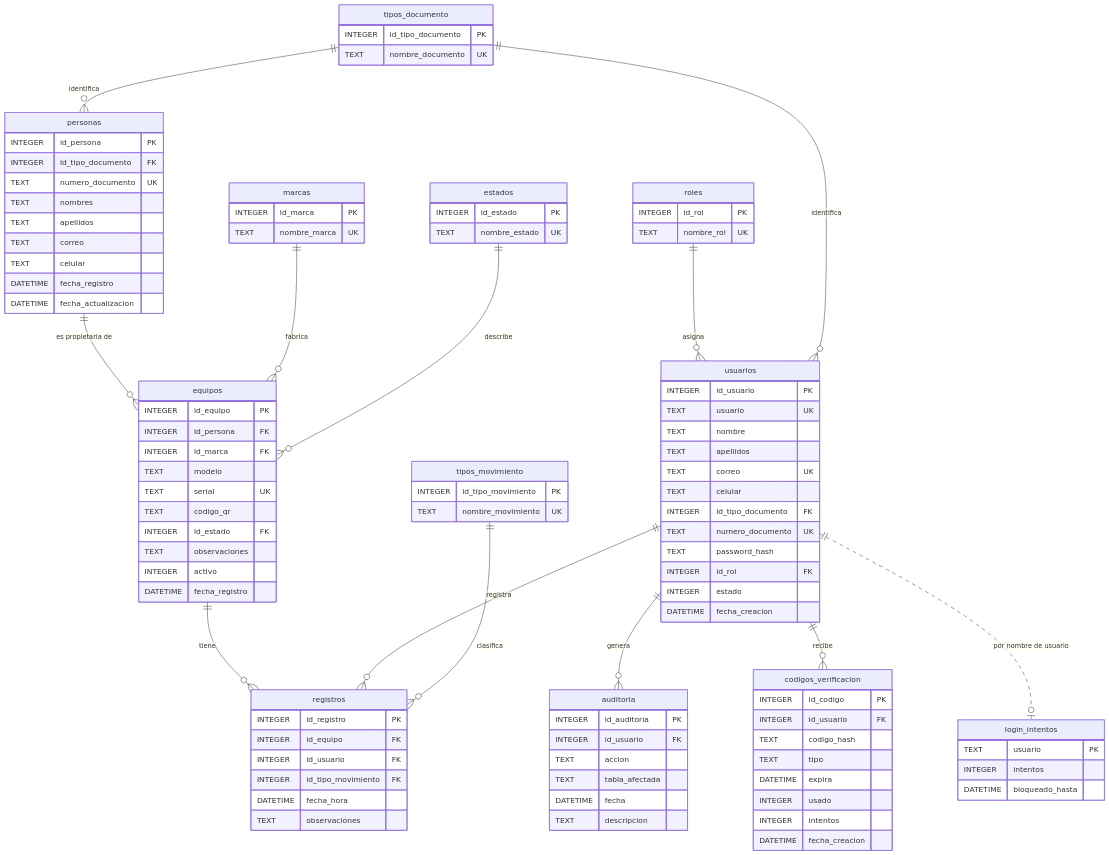
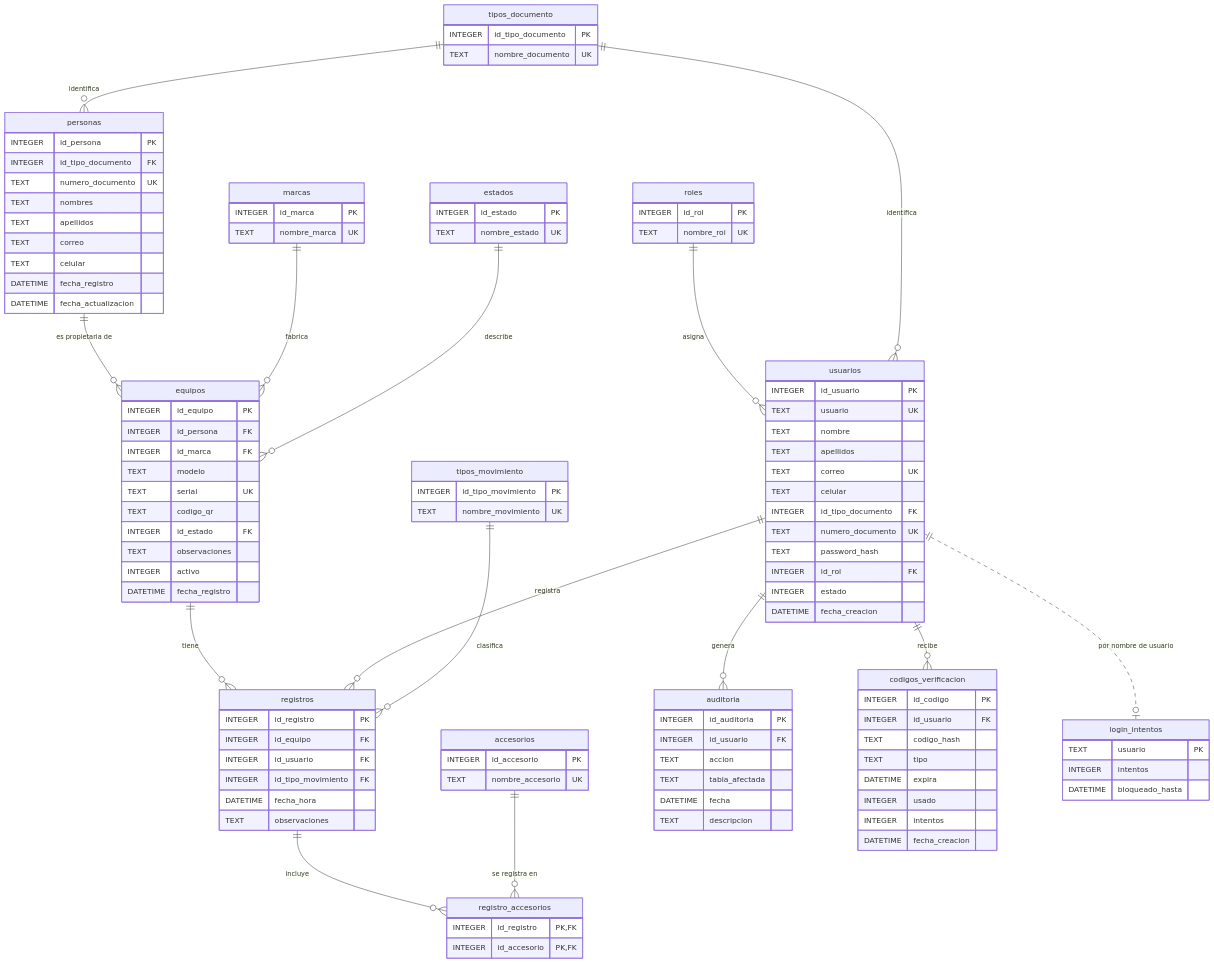
One commit to checkit632-boop/CheckIT changed the diagram in docs/Diagrama Entidad-Relacion.md. Above: the diagram before and after it, drawn with Mermaid. The commit also changed 12 other files, not shown here.

```diff
--- a/docs/Diagrama Entidad-Relacion.md
+++ b/docs/Diagrama Entidad-Relacion.md
@@ -15,6 +15,8 @@
     equipos ||--o{ registros : "tiene"
     usuarios ||--o{ registros : "registra"
     tipos_movimiento ||--o{ registros : "clasifica"
+    registros ||--o{ registro_accesorios : "incluye"
+    accesorios ||--o{ registro_accesorios : "se registra en"
     usuarios ||--o{ auditoria : "genera"
     usuarios ||--o{ codigos_verificacion : "recibe"
     usuarios ||..o| login_intentos : "por nombre de usuario"
@@ -84,6 +86,14 @@
         DATETIME fecha_hora
         TEXT observaciones
     }
+    accesorios {
+        INTEGER id_accesorio PK
+        TEXT nombre_accesorio UK
+    }
+    registro_accesorios {
+        INTEGER id_registro PK,FK
+        INTEGER id_accesorio PK,FK
+    }
     auditoria {
         INTEGER id_auditoria PK
         INTEGER id_usuario FK
```
